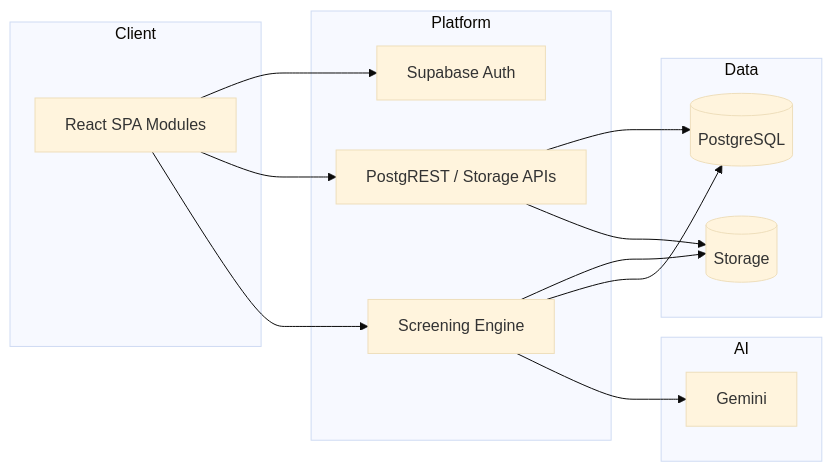
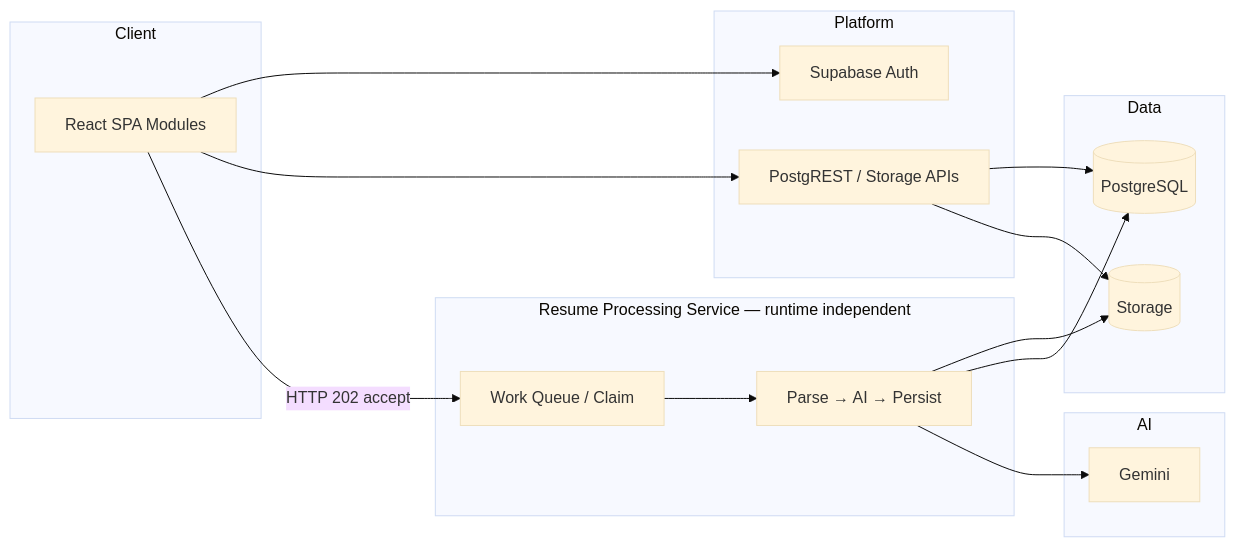
The third of 17 diagrams in docs/02-design/04-System-Design-Document.md (VishnuVardhan-CH-2022/resume-rank-ai-dev), drawn with Mermaid (base theme) before and after one commit. The commit also changed other lines of this file and 4 other files, not shown here.

````diff
--- a/docs/02-design/04-System-Design-Document.md
+++ b/docs/02-design/04-System-Design-Document.md
@@ -313,26 +318,30 @@
 ```mermaid
 flowchart LR
   subgraph Client
     UI[React SPA Modules]
   end
   subgraph Platform
     Auth[Supabase Auth]
     API[PostgREST / Storage APIs]
-    EF[Screening Engine]
+  end
+  subgraph Processor["Resume Processing Service — runtime independent"]
+    Queue[Work Queue / Claim]
+    Pipeline[Parse → AI → Persist]
   end
   subgraph Data
     PG[(PostgreSQL)]
     ST[(Storage)]
   end
   subgraph AI
     G[Gemini]
   end
   UI --> Auth
   UI --> API
-  UI --> EF
+  UI -->|HTTP 202 accept| Queue
   API --> PG
   API --> ST
-  EF --> ST
-  EF --> PG
-  EF --> G
+  Queue --> Pipeline
+  Pipeline --> ST
+  Pipeline --> PG
+  Pipeline --> G
 ```
````
